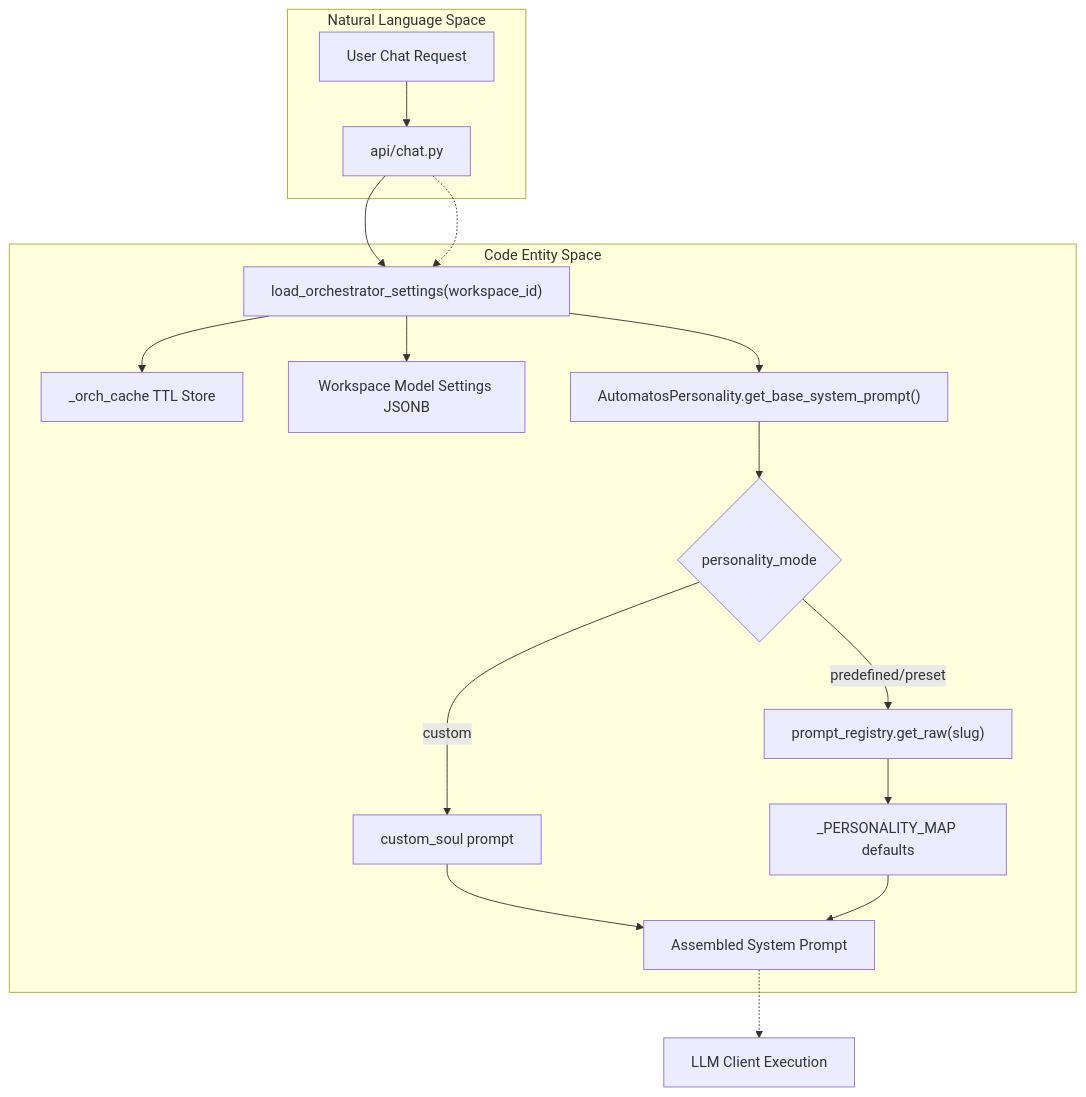
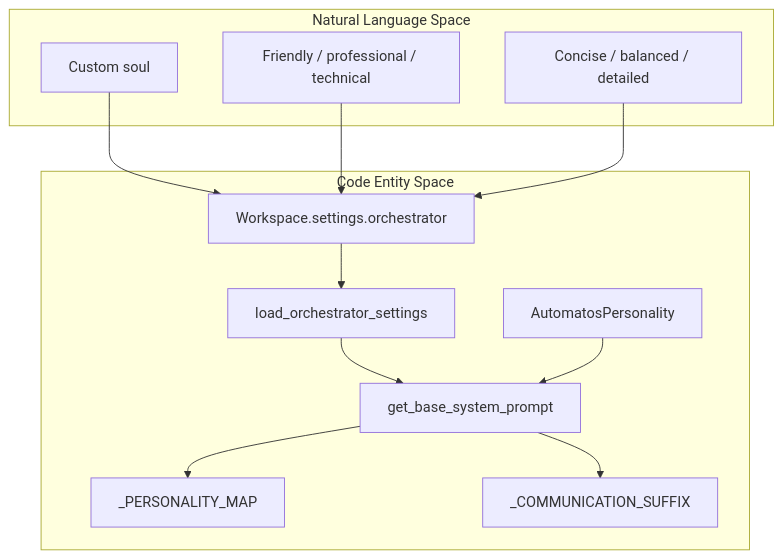
The first of 2 diagrams in docs/agents/agent-personas.md (AutomatosAI/automatos-ai), drawn with Mermaid before and after one commit. The commit also changed other lines of this file and 188 other files, not shown here.

First line of the commit message:
docs: refresh architecture docs and add coverage for new subsystems (#1416)

````diff
--- a/docs/agents/agent-personas.md
+++ b/docs/agents/agent-personas.md
@@ -76,25 +88,26 @@
 ```mermaid
 graph TD
     subgraph "Natural Language Space"
-        Req["User Chat Request"] --> ChatApi["api/chat.py"]
+        NL_Custom["Custom soul"]
+        NL_Preset["Friendly / professional / technical"]
+        NL_Style["Concise / balanced / detailed"]
     end
 
     subgraph "Code Entity Space"
-        ChatApi --> LoadOrch["load_orchestrator_settings(workspace_id)"]
-        LoadOrch --> Cache["_orch_cache TTL Store"]
-        LoadOrch --> DB["Workspace Model Settings JSONB"]
-        
-        LoadOrch --> Pers["AutomatosPersonality.get_base_system_prompt()"]
-        Pers --> ModeEval{"personality_mode"}
-        
-        ModeEval -- "custom" --> Soul["custom_soul prompt"]
-        ModeEval -- "predefined/preset" --> Reg["prompt_registry.get_raw(slug)"]
-        Reg --> Fallback["_PERSONALITY_MAP defaults"]
-        
-        Soul --> PromptAssembly["Assembled System Prompt"]
-        Fallback --> PromptAssembly
+        CE_Settings["Workspace.settings.orchestrator"]
+        CE_Load["load_orchestrator_settings"]
+        CE_Class["AutomatosPersonality"]
+        CE_Build["get_base_system_prompt"]
+        CE_Map["_PERSONALITY_MAP"]
+        CE_Suffix["_COMMUNICATION_SUFFIX"]
     end
 
-    ChatApi -.-> LoadOrch
-    PromptAssembly -.-> LLM["LLM Client Execution"]
+    NL_Custom --> CE_Settings
+    NL_Preset --> CE_Settings
+    NL_Style --> CE_Settings
+    CE_Settings --> CE_Load
+    CE_Load --> CE_Build
+    CE_Class --> CE_Build
+    CE_Build --> CE_Map
+    CE_Build --> CE_Suffix
 ```
````
